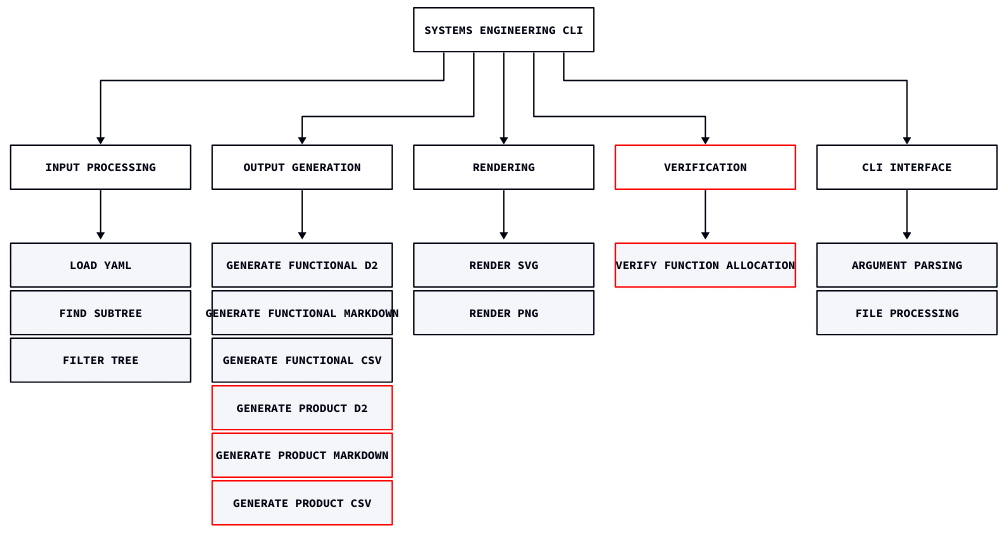
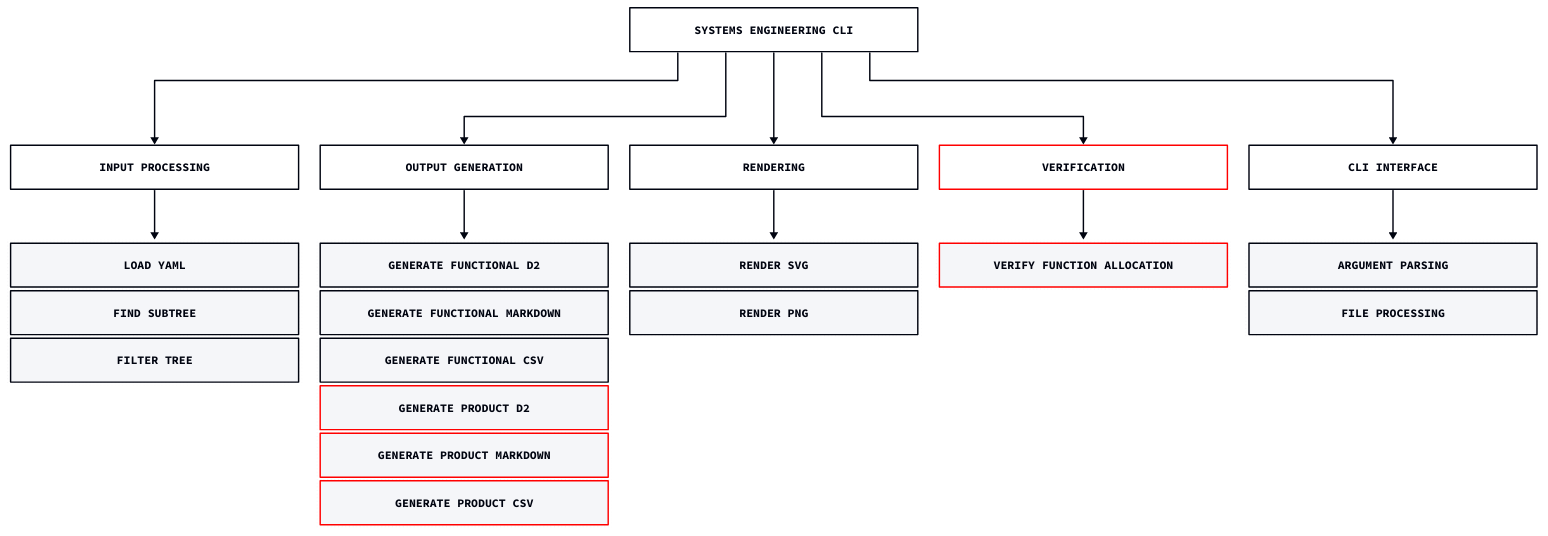
One commit to aidanns/systems-engineering changed the diagram in design/functional_decomposition.d2. Above: the diagram before and after it, drawn with D2. The commit also changed 13 other files, not shown here.

```diff
--- a/design/functional_decomposition.d2
+++ b/design/functional_decomposition.d2
@@ -1,115 +1,115 @@
 vars: {
   d2-config: {
     layout-engine: elk
     # Terminal theme code
     theme-id: 300
   }
 }
 
 direction: down
 
 root: Systems Engineering CLI
-root.width: 250
+root.width: 400
 
 f0: Input Processing
-f0.width: 250
+f0.width: 400
 root -> f0
 f0_container: "" {
   grid-columns: 1
   grid-rows: 3
   grid-gap: 5
   style: {
     stroke-width: 0
     fill: transparent
   }
   f1: Load YAML
-  f1.width: 250
+  f1.width: 400
   f2: Find Subtree
-  f2.width: 250
+  f2.width: 400
   f3: Filter Tree
-  f3.width: 250
+  f3.width: 400
 }
 f0 -> f0_container
 
 f4: Output Generation
-f4.width: 250
+f4.width: 400
 root -> f4
 f4_container: "" {
   grid-columns: 1
   grid-rows: 6
   grid-gap: 5
   style: {
     stroke-width: 0
     fill: transparent
   }
   f5: Generate Functional D2
-  f5.width: 250
+  f5.width: 400
   f6: Generate Functional Markdown
-  f6.width: 250
+  f6.width: 400
   f7: Generate Functional CSV
-  f7.width: 250
+  f7.width: 400
   f8: Generate Product D2
-  f8.width: 250
+  f8.width: 400
   f8.style.stroke: red
   f9: Generate Product Markdown
-  f9.width: 250
+  f9.width: 400
   f9.style.stroke: red
   f10: Generate Product CSV
-  f10.width: 250
+  f10.width: 400
   f10.style.stroke: red
 }
 f4 -> f4_container
 
 f11: Rendering
-f11.width: 250
+f11.width: 400
 root -> f11
 f11_container: "" {
   grid-columns: 1
   grid-rows: 2
   grid-gap: 5
   style: {
     stroke-width: 0
     fill: transparent
   }
   f12: Render SVG
-  f12.width: 250
+  f12.width: 400
   f13: Render PNG
-  f13.width: 250
+  f13.width: 400
 }
 f11 -> f11_container
 
 f14: Verification
-f14.width: 250
+f14.width: 400
 f14.style.stroke: red
 root -> f14
 f14_container: "" {
   grid-columns: 1
   grid-rows: 1
   grid-gap: 5
   style: {
     stroke-width: 0
     fill: transparent
   }
   f15: Verify Function Allocation
-  f15.width: 250
+  f15.width: 400
   f15.style.stroke: red
 }
 f14 -> f14_container
 
 f16: CLI Interface
-f16.width: 250
+f16.width: 400
 root -> f16
 f16_container: "" {
   grid-columns: 1
   grid-rows: 2
   grid-gap: 5
   style: {
     stroke-width: 0
     fill: transparent
   }
   f17: Argument Parsing
-  f17.width: 250
+  f17.width: 400
   f18: File Processing
-  f18.width: 250
+  f18.width: 400
 }
 f16 -> f16_container
```
